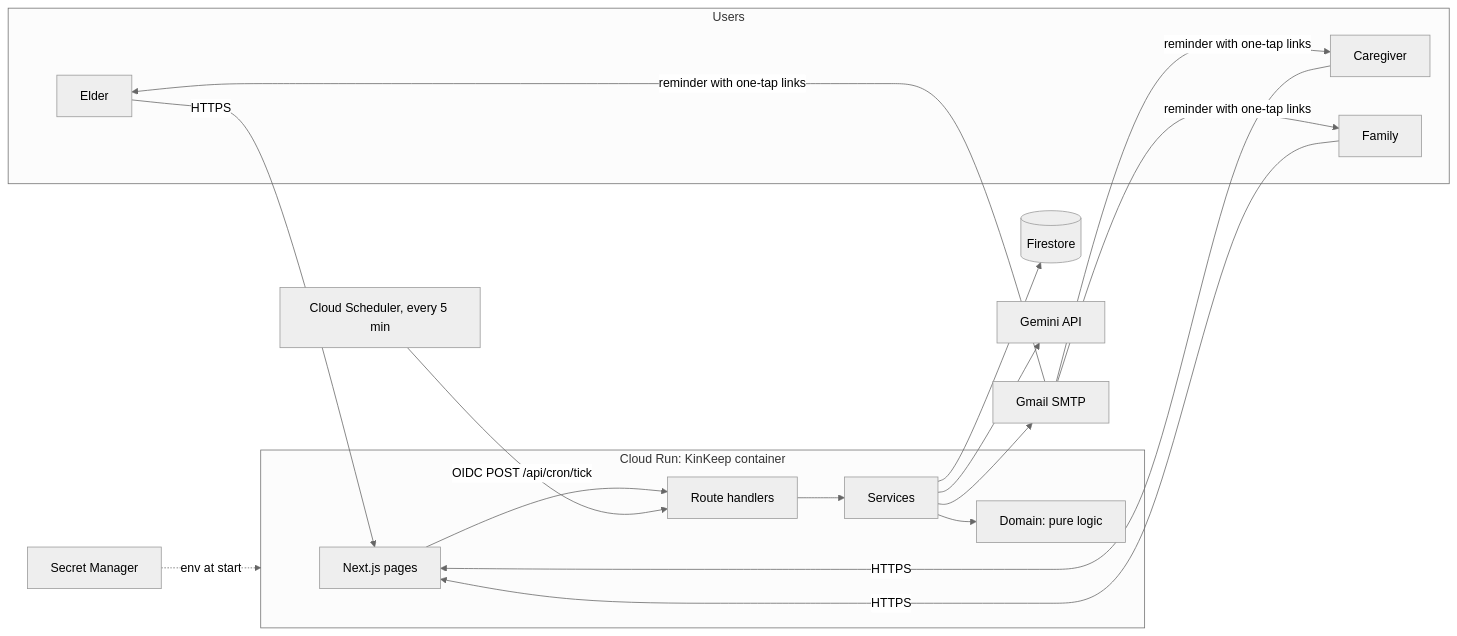
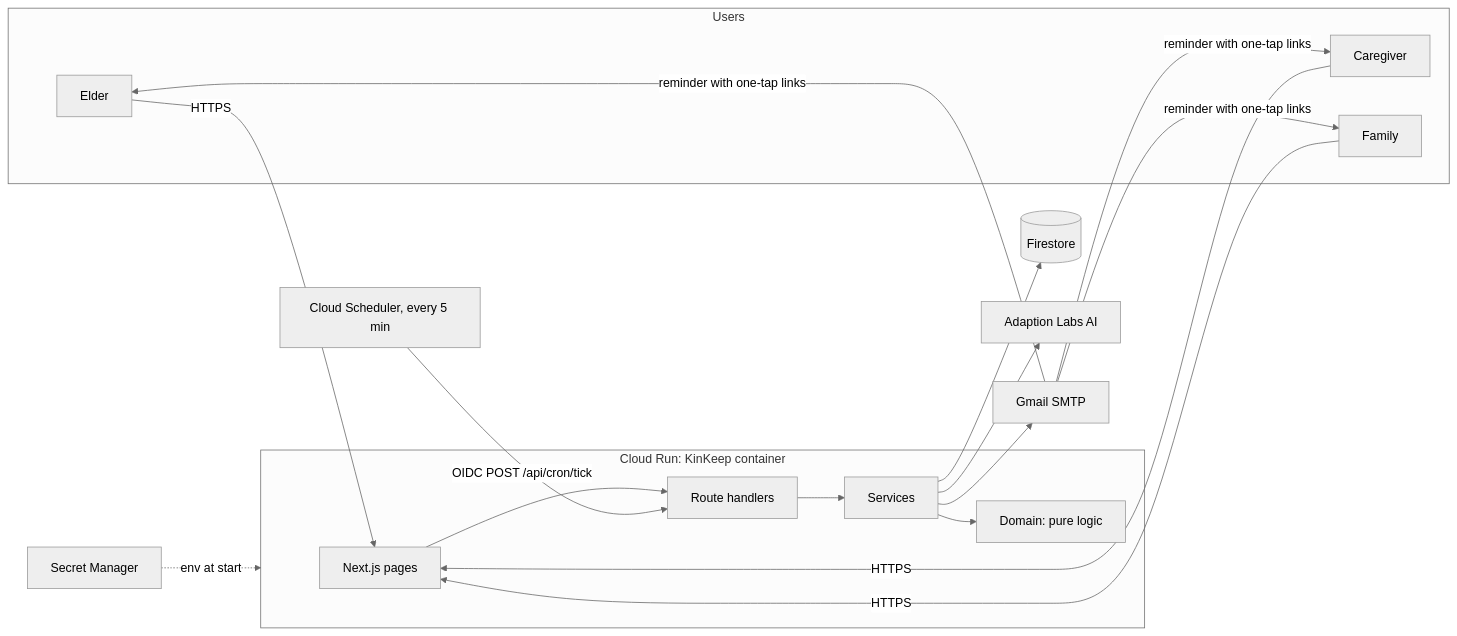
The diagram in docs/ARCHITECTURE.md (SKrafiqh/kinkeep), drawn with Mermaid (neutral theme) before and after one commit. The commit also changed other lines of this file and 105 other files, not shown here.

````diff
--- a/docs/ARCHITECTURE.md
+++ b/docs/ARCHITECTURE.md
@@ -24,21 +24,21 @@
 ```mermaid
 flowchart LR
   subgraph Users
     E[Elder]
     C[Caregiver]
     F[Family]
   end
   subgraph CloudRun[Cloud Run: KinKeep container]
     UI[Next.js pages]
     API[Route handlers]
     SVC[Services]
     DOM[Domain: pure logic]
   end
   E & C & F -->|HTTPS| UI --> API --> SVC --> DOM
   SVC --> FS[(Firestore)]
-  SVC --> GEM[Gemini API]
+  SVC --> GEM[Adaption Labs AI]
   SVC --> MAIL[Gmail SMTP]
   SCH[Cloud Scheduler, every 5 min] -->|OIDC POST /api/cron/tick| API
   SM[Secret Manager] -.->|env at start| CloudRun
   MAIL -->|reminder with one-tap links| E & C & F
 ```
````
